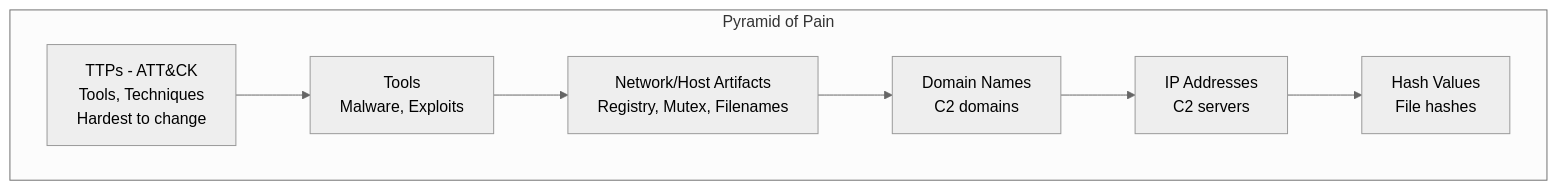
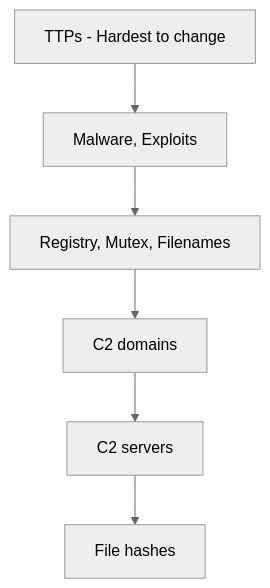
Before and after one commit to manojxshrestha/SOC-Analyst-Cheatsheet: diagram 11 of 28 in 1-Incident-Handling-Process/README.md, drawn with Mermaid (neutral theme). The commit also changed other lines of this file, not shown here.

````diff
--- a/1-Incident-Handling-Process/README.md
+++ b/1-Incident-Handling-Process/README.md
@@ -407,10 +359,15 @@
 ```mermaid
-graph TD
-    subgraph "Pyramid of Pain"
-        Top[TTPs - ATT&CK<br/>Tools, Techniques<br/>Hardest to change] --> T2[Tools<br/>Malware, Exploits]
-        T2 --> T3[Network/Host Artifacts<br/>Registry, Mutex, Filenames]
-        T3 --> T4[Domain Names<br/>C2 domains]
-        T4 --> T5[IP Addresses<br/>C2 servers]
-        T5 --> Bottom[Hash Values<br/>File hashes]
-    end
+flowchart TD
+    TTP --> Tools
+    Tools --> Network_Artifacts
+    Network_Artifacts --> Domain_Names
+    Domain_Names --> IP_Addresses
+    IP_Addresses --> Hash_Values
+    
+    TTP[TTPs - Hardest to change]
+    Tools[Malware, Exploits]
+    Network_Artifacts[Registry, Mutex, Filenames]
+    Domain_Names[C2 domains]
+    IP_Addresses[C2 servers]
+    Hash_Values[File hashes]
 ```
````
